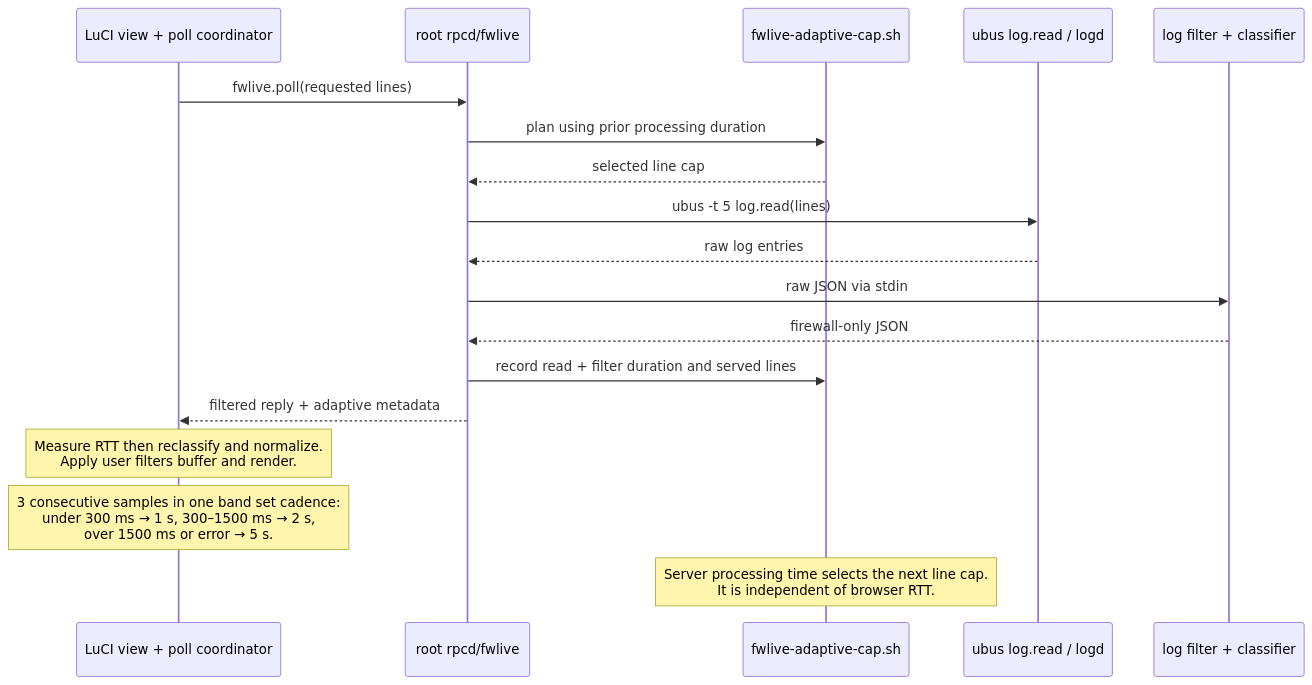
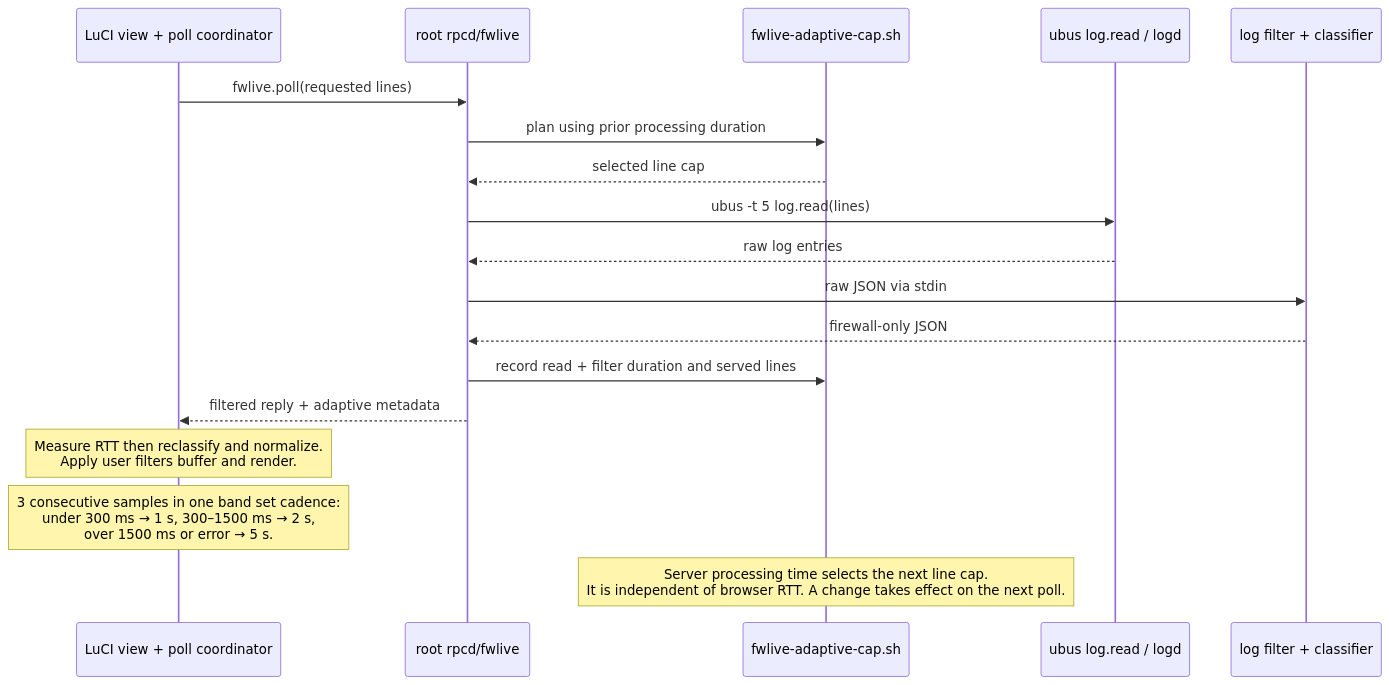
One commit to lucas-albers-lz4/fwlive changed the second of 3 diagrams in docs/developer/architecture.md. Above: the diagram before and after it, drawn with Mermaid. The commit also changed 20 other files, not shown here.

First line of the commit message:
fix(poll): make the adaptive line cap independent of poll spacing (#1275)

````diff
--- a/docs/developer/architecture.md
+++ b/docs/developer/architecture.md
@@ -39,20 +39,20 @@
 ```mermaid
 sequenceDiagram
   participant UI as LuCI view + poll coordinator
   participant RPC as root rpcd/fwlive
   participant CAP as fwlive-adaptive-cap.sh
   participant LOGD as ubus log.read / logd
   participant FILTER as log filter + classifier
   UI->>RPC: fwlive.poll(requested lines)
   RPC->>CAP: plan using prior processing duration
   CAP-->>RPC: selected line cap
   RPC->>LOGD: ubus -t 5 log.read(lines)
   LOGD-->>RPC: raw log entries
   RPC->>FILTER: raw JSON via stdin
   FILTER-->>RPC: firewall-only JSON
   RPC->>CAP: record read + filter duration and served lines
   RPC-->>UI: filtered reply + adaptive metadata
   Note over UI: Measure RTT then reclassify and normalize.<br/>Apply user filters buffer and render.
   Note over UI: 3 consecutive samples in one band set cadence:<br/>under 300 ms → 1 s, 300–1500 ms → 2 s,<br/>over 1500 ms or error → 5 s.
-  Note over CAP: Server processing time selects the next line cap.<br/>It is independent of browser RTT.
+  Note over CAP: Server processing time selects the next line cap.<br/>It is independent of browser RTT. A change takes effect on the next poll.
 ```
````
